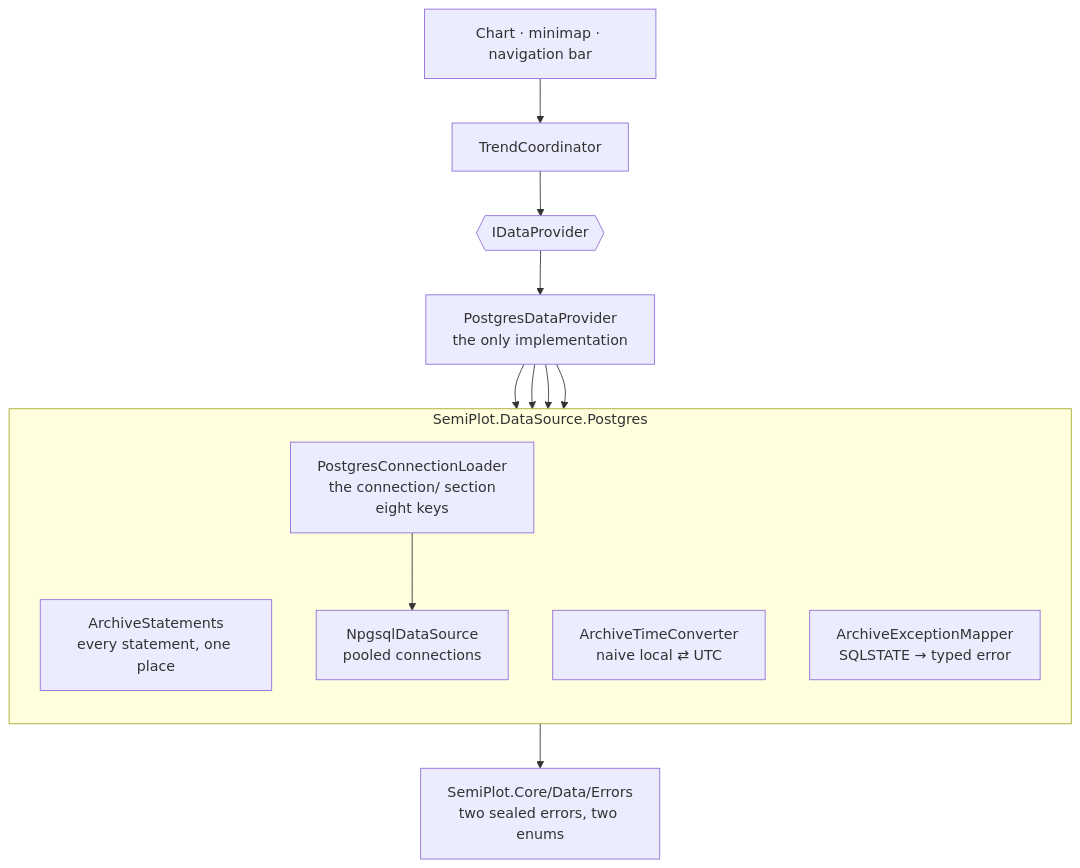
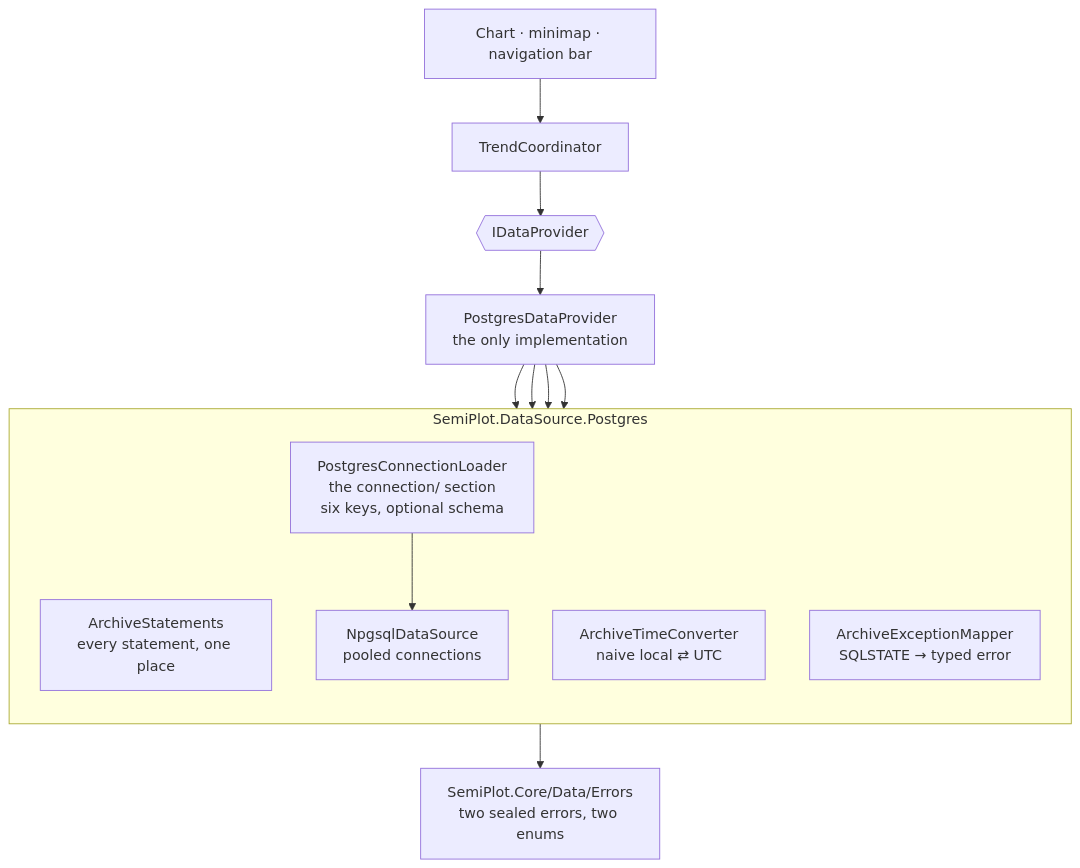
The third of 5 diagrams in docs/architecture/postgres-topology.md (Semiteq/SemiPlot), drawn with Mermaid before and after one commit. The commit also changed other lines of this file and 19 other files, not shown here.

First line of the commit message:
docs(architecture): match the docs to the code (#136)

````diff
--- a/docs/architecture/postgres-topology.md
+++ b/docs/architecture/postgres-topology.md
@@ -98,27 +102,27 @@
 ```mermaid
 flowchart TB
     ui["Chart · minimap · navigation bar"]
     coord["TrendCoordinator"]
     iface{{"IDataProvider"}}
     pg["PostgresDataProvider<br/>the only implementation"]
 
     subgraph plumbing["SemiPlot.DataSource.Postgres"]
         direction TB
         stmts["ArchiveStatements<br/>every statement, one place"]
         ds["NpgsqlDataSource<br/>pooled connections"]
         conv["ArchiveTimeConverter<br/>naive local ⇄ UTC"]
         mapper["ArchiveExceptionMapper<br/>SQLSTATE → typed error"]
-        loader["PostgresConnectionLoader<br/>the connection/ section<br/>eight keys"]
+        loader["PostgresConnectionLoader<br/>the connection/ section<br/>six keys, optional schema"]
     end
 
     errs["SemiPlot.Core/Data/Errors<br/>two sealed errors, two enums"]
 
     ui --> coord --> iface
     iface --> pg
     pg --> stmts
     pg --> ds
     pg --> conv
     pg --> mapper
     loader --> ds
     mapper --> errs
 ```
````
